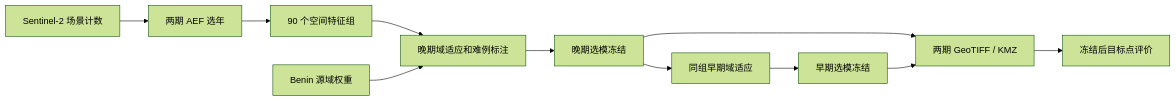
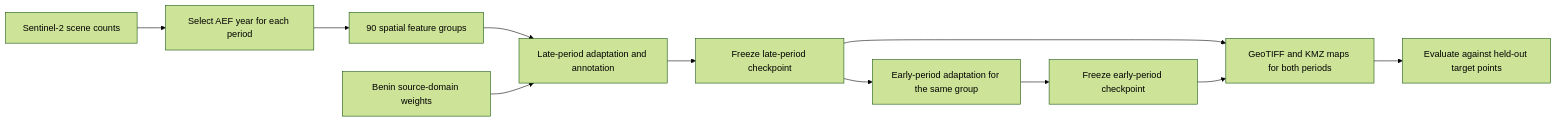
The diagram in README.md (haoyue786-bit/Cahsew-mapping-research), drawn with Mermaid (forest theme) before and after one commit. The commit also changed other lines of this file and 4 other files, not shown here.

````diff
--- a/README.md
+++ b/README.md
@@ -12,13 +12,13 @@
 ```mermaid
 flowchart LR
-    S2["Sentinel-2 场景计数"] --> AEF["两期 AEF 选年"]
-    AEF --> Group["90 个空间特征组"]
-    Group --> Late["晚期域适应和难例标注"]
-    Source["Benin 源域权重"] --> Late
-    Late --> FreezeLate["晚期选模冻结"]
-    FreezeLate --> Early["同组早期域适应"]
-    Early --> FreezeEarly["早期选模冻结"]
-    FreezeLate --> Map["两期 GeoTIFF / KMZ"]
+    S2["Sentinel-2 scene counts"] --> AEF["Select AEF year for each period"]
+    AEF --> Group["90 spatial feature groups"]
+    Group --> Late["Late-period adaptation and annotation"]
+    Source["Benin source-domain weights"] --> Late
+    Late --> FreezeLate["Freeze late-period checkpoint"]
+    FreezeLate --> Early["Early-period adaptation for the same group"]
+    Early --> FreezeEarly["Freeze early-period checkpoint"]
+    FreezeLate --> Map["GeoTIFF and KMZ maps for both periods"]
     FreezeEarly --> Map
-    Map --> Eval["冻结后目标点评价"]
+    Map --> Eval["Evaluate against held-out target points"]
 ```
````
